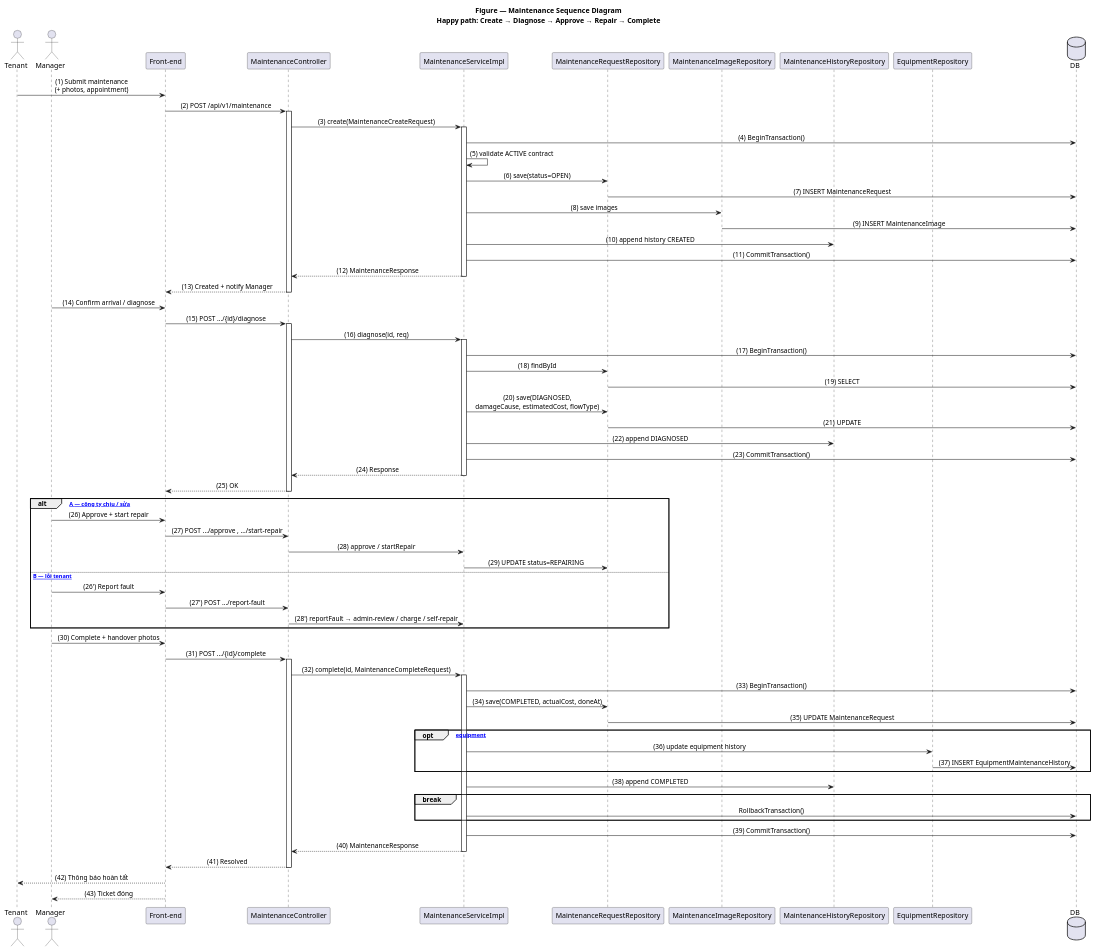
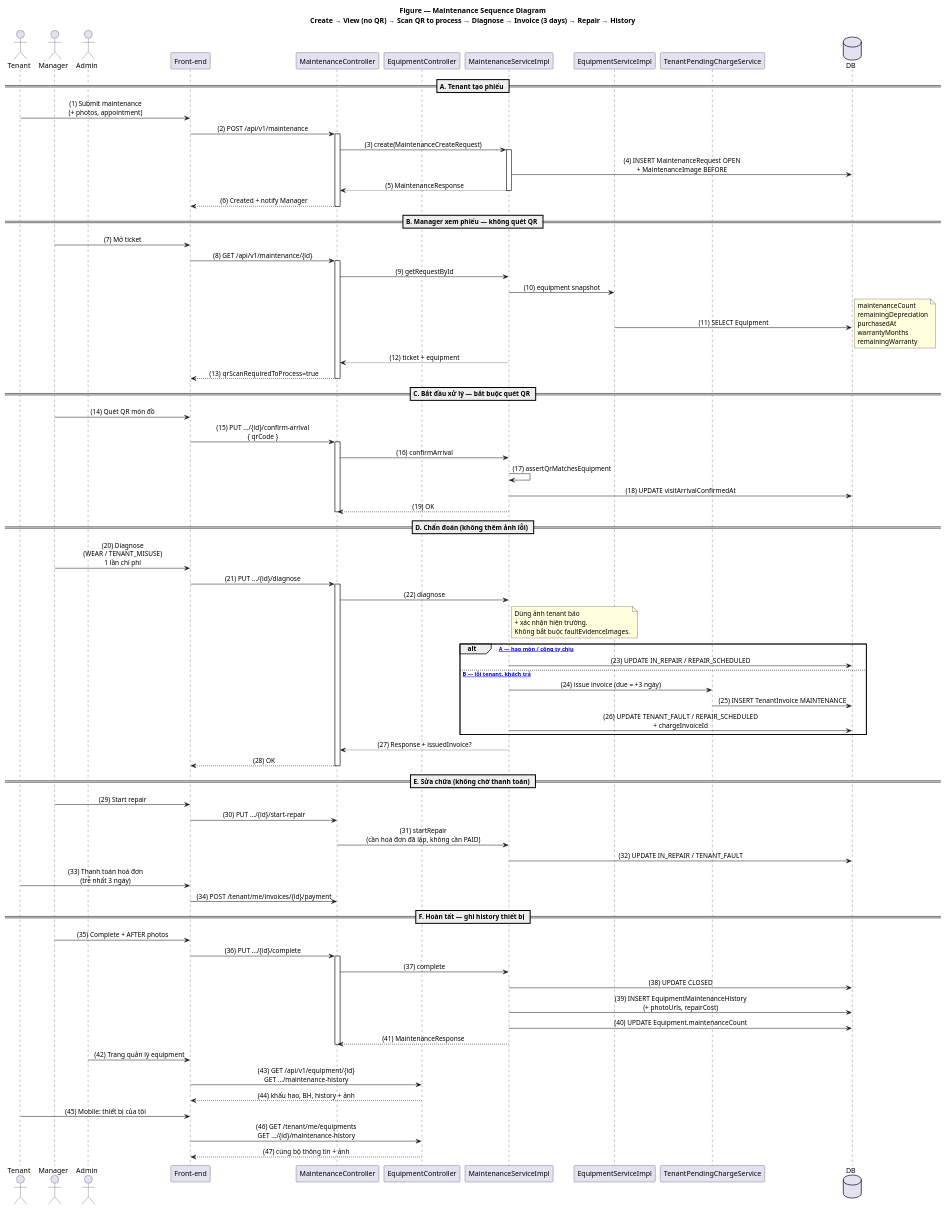
Before and after one commit to gowahskoja113/Sub-leasing-managemant-system: the diagram in docs/uml/main-flows/F4-maintenance-sequence.puml, drawn with PlantUML. The commit also changed 33 other files, not shown here.

Commit message:
chinh sua qui trinh xu li ticket maintenance

```diff
--- a/docs/uml/main-flows/F4-maintenance-sequence.puml
+++ b/docs/uml/main-flows/F4-maintenance-sequence.puml
@@ -1,88 +1,114 @@
 @startuml F4_Maintenance_Sequence
-title Figure — Maintenance Sequence Diagram\nHappy path: Create → Diagnose → Approve → Repair → Complete
+title Figure — Maintenance Sequence Diagram\nCreate → View (no QR) → Scan QR to process → Diagnose → Invoice (3 days) → Repair → History
 
 skinparam sequenceMessageAlign center
 skinparam responseMessageBelowArrow true
 
 actor Tenant
 actor Manager
+actor Admin
 participant "Front-end" as FE
 participant "MaintenanceController" as C
+participant "EquipmentController" as EC
 participant "MaintenanceServiceImpl" as S
-participant "MaintenanceRequestRepository" as RR
-participant "MaintenanceImageRepository" as IR
-participant "MaintenanceHistoryRepository" as HR
-participant "EquipmentRepository" as ER
+participant "EquipmentServiceImpl" as ES
+participant "TenantPendingChargeService" as CS
 database DB
+
+== A. Tenant tạo phiếu ==
 
 Tenant -> FE : (1) Submit maintenance\n(+ photos, appointment)
 FE -> C : (2) POST /api/v1/maintenance
 activate C
 C -> S : (3) create(MaintenanceCreateRequest)
 activate S
-S -> DB : (4) BeginTransaction()
-S -> S : (5) validate ACTIVE contract
-S -> RR : (6) save(status=OPEN)
-RR -> DB : (7) INSERT MaintenanceRequest
-S -> IR : (8) save images
-IR -> DB : (9) INSERT MaintenanceImage
-S -> HR : (10) append history CREATED
-S -> DB : (11) CommitTransaction()
-S --> C : (12) MaintenanceResponse
+S -> DB : (4) INSERT MaintenanceRequest OPEN\n+ MaintenanceImage BEFORE
+S --> C : (5) MaintenanceResponse
 deactivate S
-C --> FE : (13) Created + notify Manager
+C --> FE : (6) Created + notify Manager
 deactivate C
 
-Manager -> FE : (14) Confirm arrival / diagnose
-FE -> C : (15) POST .../{id}/diagnose
+== B. Manager xem phiếu — không quét QR ==
+
+Manager -> FE : (7) Mở ticket
+FE -> C : (8) GET /api/v1/maintenance/{id}
 activate C
-C -> S : (16) diagnose(id, req)
-activate S
-S -> DB : (17) BeginTransaction()
-S -> RR : (18) findById
-RR -> DB : (19) SELECT
-S -> RR : (20) save(DIAGNOSED,\ndamageCause, estimatedCost, flowType)
-RR -> DB : (21) UPDATE
-S -> HR : (22) append DIAGNOSED
-S -> DB : (23) CommitTransaction()
-S --> C : (24) Response
-deactivate S
-C --> FE : (25) OK
+C -> S : (9) getRequestById
+S -> ES : (10) equipment snapshot
+ES -> DB : (11) SELECT Equipment
+note right
+  maintenanceCount
+  remainingDepreciation
+  purchasedAt
+  warrantyMonths
+  remainingWarranty
+end note
+S --> C : (12) ticket + equipment
+C --> FE : (13) qrScanRequiredToProcess=true
 deactivate C
 
-alt [Luồng A — công ty chịu / sửa]
-  Manager -> FE : (26) Approve + start repair
-  FE -> C : (27) POST .../approve , .../start-repair
-  C -> S : (28) approve / startRepair
-  S -> RR : (29) UPDATE status=REPAIRING
-else [Luồng B — lỗi tenant]
-  Manager -> FE : (26') Report fault
-  FE -> C : (27') POST .../report-fault
-  C -> S : (28') reportFault → admin-review / charge / self-repair
+== C. Bắt đầu xử lý — bắt buộc quét QR ==
+
+Manager -> FE : (14) Quét QR món đồ
+FE -> C : (15) PUT .../{id}/confirm-arrival\n{ qrCode }
+activate C
+C -> S : (16) confirmArrival
+S -> S : (17) assertQrMatchesEquipment
+S -> DB : (18) UPDATE visitArrivalConfirmedAt
+S --> C : (19) OK
+deactivate C
+
+== D. Chẩn đoán (không thêm ảnh lỗi) ==
+
+Manager -> FE : (20) Diagnose\n(WEAR / TENANT_MISUSE)\n1 lần chi phí
+FE -> C : (21) PUT .../{id}/diagnose
+activate C
+C -> S : (22) diagnose
+note right of S
+  Dùng ảnh tenant báo
+  + xác nhận hiện trường.
+  Không bắt buộc faultEvidenceImages.
+end note
+
+alt [Luồng A — hao mòn / công ty chịu]
+  S -> DB : (23) UPDATE IN_REPAIR / REPAIR_SCHEDULED
+else [Luồng B — lỗi tenant, khách trả]
+  S -> CS : (24) issue invoice (due = +3 ngày)
+  CS -> DB : (25) INSERT TenantInvoice MAINTENANCE
+  S -> DB : (26) UPDATE TENANT_FAULT / REPAIR_SCHEDULED\n+ chargeInvoiceId
 end
+S --> C : (27) Response + issuedInvoice?
+C --> FE : (28) OK
+deactivate C
 
-Manager -> FE : (30) Complete + handover photos
-FE -> C : (31) POST .../{id}/complete
+== E. Sửa chữa (không chờ thanh toán) ==
+
+Manager -> FE : (29) Start repair
+FE -> C : (30) PUT .../{id}/start-repair
+C -> S : (31) startRepair\n(cần hoá đơn đã lập, không cần PAID)
+S -> DB : (32) UPDATE IN_REPAIR / TENANT_FAULT
+
+Tenant -> FE : (33) Thanh toán hoá đơn\n(trễ nhất 3 ngày)
+FE -> C : (34) POST /tenant/me/invoices/{id}/payment
+
+== F. Hoàn tất — ghi history thiết bị ==
+
+Manager -> FE : (35) Complete + AFTER photos
+FE -> C : (36) PUT .../{id}/complete
 activate C
-C -> S : (32) complete(id, MaintenanceCompleteRequest)
-activate S
-S -> DB : (33) BeginTransaction()
-S -> RR : (34) save(COMPLETED, actualCost, doneAt)
-RR -> DB : (35) UPDATE MaintenanceRequest
-opt [có equipment]
-  S -> ER : (36) update equipment history
-  ER -> DB : (37) INSERT EquipmentMaintenanceHistory
-end
-S -> HR : (38) append COMPLETED
-break
-  S -> DB : RollbackTransaction()
-end
-S -> DB : (39) CommitTransaction()
-S --> C : (40) MaintenanceResponse
-deactivate S
-C --> FE : (41) Resolved
+C -> S : (37) complete
+S -> DB : (38) UPDATE CLOSED
+S -> DB : (39) INSERT EquipmentMaintenanceHistory\n(+ photoUrls, repairCost)
+S -> DB : (40) UPDATE Equipment.maintenanceCount
+S --> C : (41) MaintenanceResponse
 deactivate C
-FE --> Tenant : (42) Thông báo hoàn tất
-FE --> Manager : (43) Ticket đóng
+
+Admin -> FE : (42) Trang quản lý equipment
+FE -> EC : (43) GET /api/v1/equipment/{id}\nGET .../maintenance-history
+EC --> FE : (44) khấu hao, BH, history + ảnh
+
+Tenant -> FE : (45) Mobile: thiết bị của tôi
+FE -> EC : (46) GET /tenant/me/equipments\nGET .../{id}/maintenance-history
+EC --> FE : (47) cùng bộ thông tin + ảnh
 
 @enduml
```
